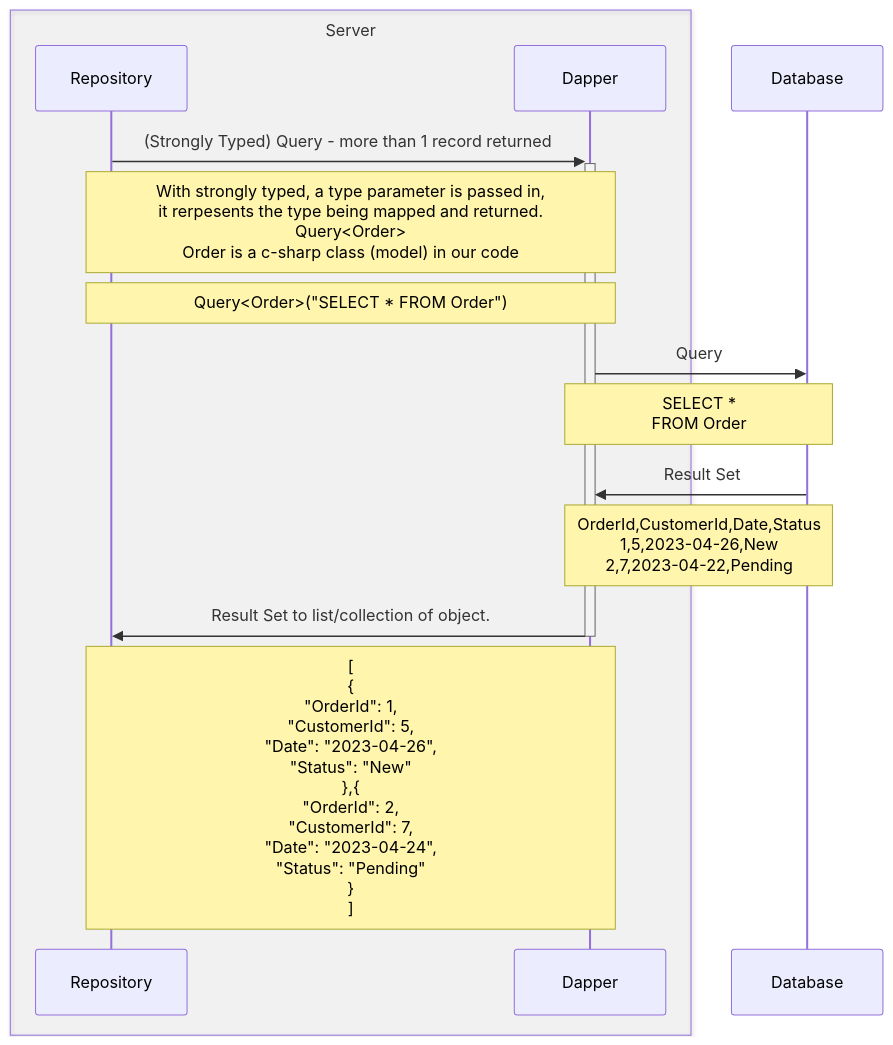
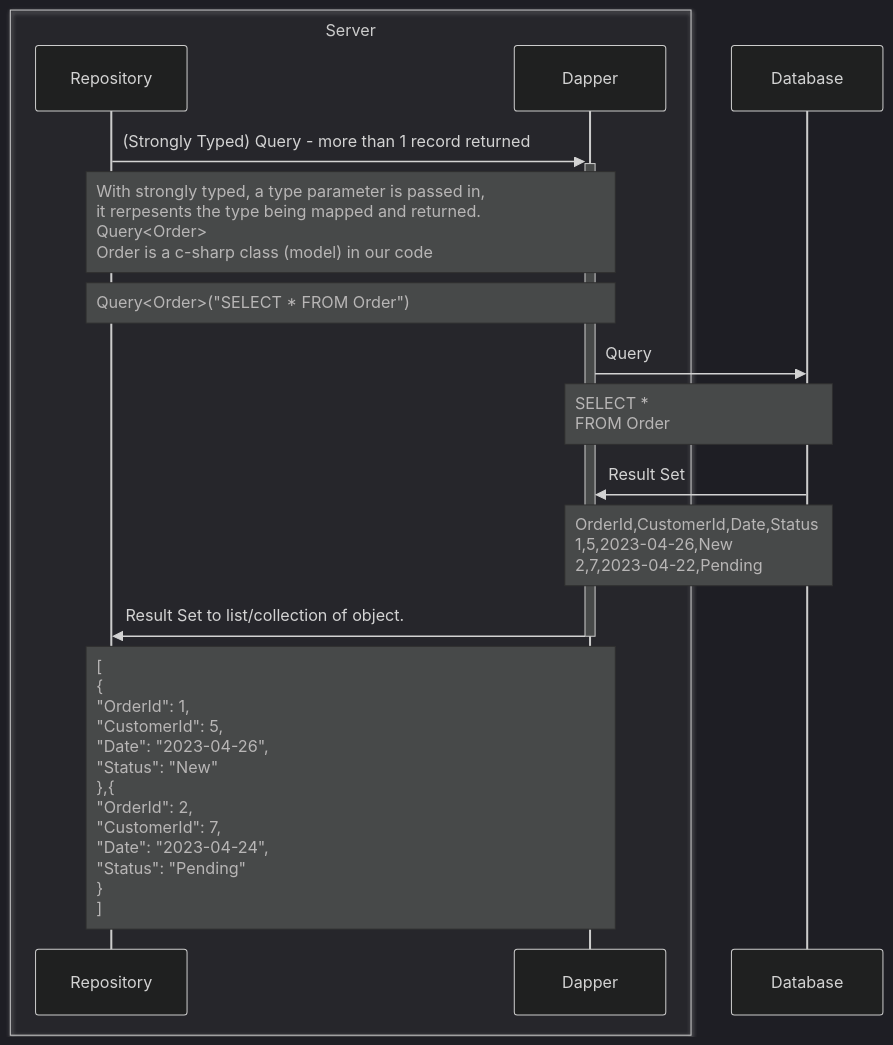
One commit to pauljeanquart/mermaid changed the third of 7 diagrams in dapper.md. Above: the diagram before and after it, drawn with Mermaid. The commit also changed other lines of this file, not shown here.

````diff
--- a/dapper.md
+++ b/dapper.md
@@ -60,18 +60,19 @@
 ```mermaid
+%%{init:{ "theme": "dark", "noteAlign": "left", "messageAlign": "left" } }%%
 sequenceDiagram
 
 box rgba(60,60,60,.05) Server 
     participant Repository
     participant Dapper
 end
 participant Database
     Repository->>+Dapper: (Strongly Typed) Query - more than 1 record returned
         Note over Repository,Dapper: With strongly typed, a type parameter is passed in,<br> it rerpesents the type being mapped and returned.<br> Query<Order><br>Order is a c-sharp class (model) in our code
         Note over Repository,Dapper: Query<Order>("SELECT * FROM Order")
         Dapper->>Database: Query
           Note over Dapper,Database: SELECT *<br>FROM Order
         Database->>Dapper: Result Set
           Note over Dapper,Database: OrderId,CustomerId,Date,Status<br>1,5,2023-04-26,New<br>2,7,2023-04-22,Pending
     Dapper->>-Repository: Result Set to list/collection of object.
       Note over Dapper,Repository: [<br> {<br>"OrderId": 1,<br>"CustomerId": 5,<br>"Date": "2023-04-26",<br>"Status": "New"<br>},{<br>"OrderId": 2,<br>"CustomerId": 7,<br>"Date": "2023-04-24",<br>"Status": "Pending"<br>}<br>]
 ```
````
